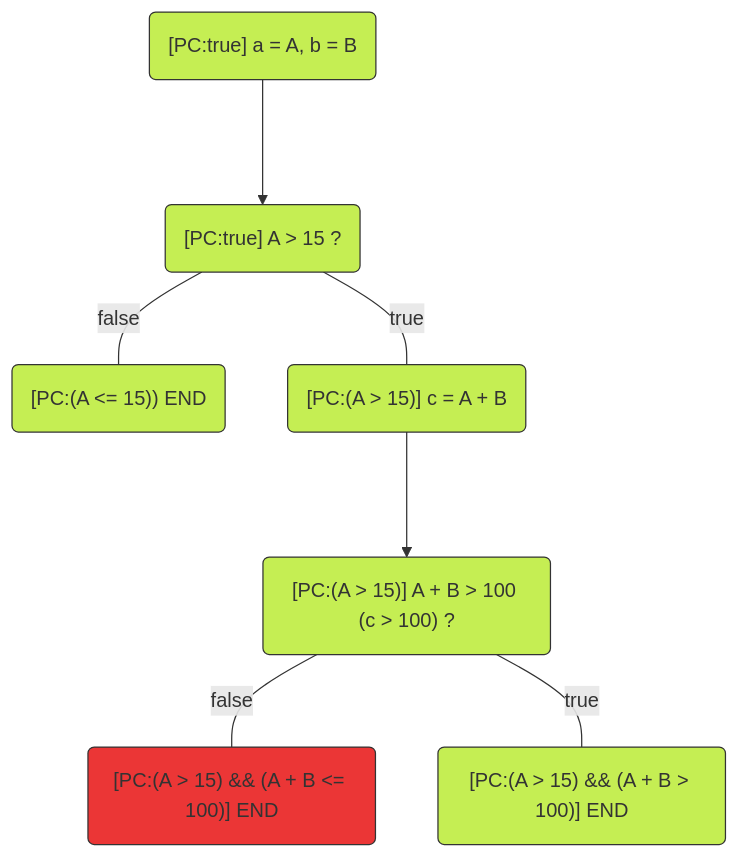
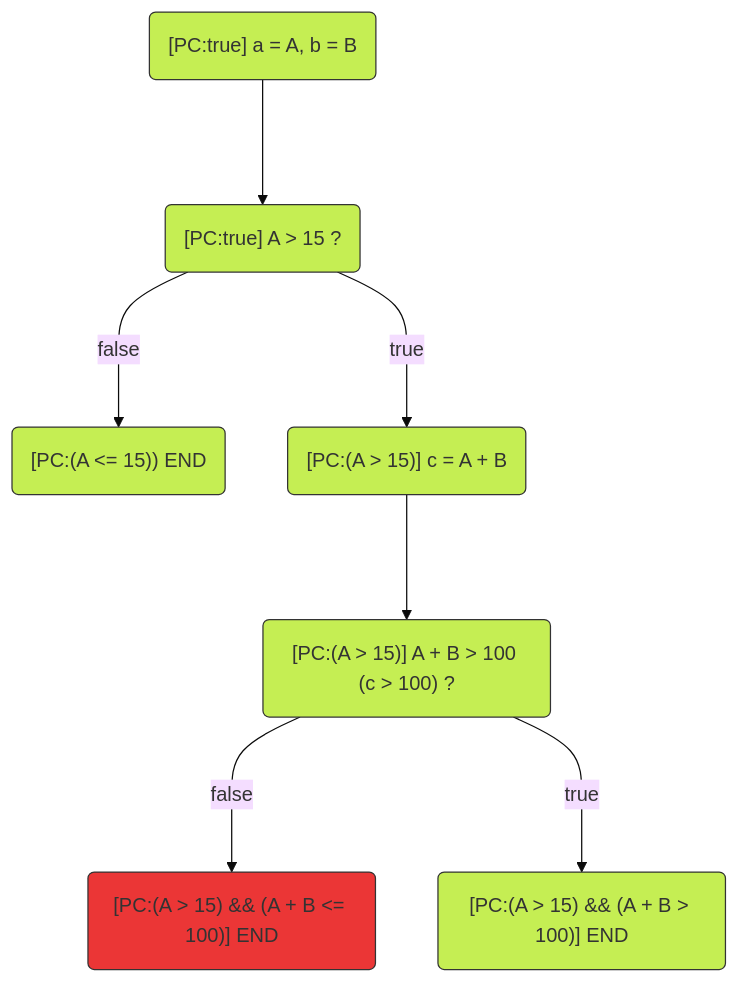
Before and after one commit to Byont-Ventures/smart-contract-analysis-tools: the diagram in docs/analysis-techniques.md, drawn with Mermaid. The commit also changed other lines of this file, not shown here.

Commit message:
Update the graph and added a section about formal verification

````diff
--- a/docs/analysis-techniques.md
+++ b/docs/analysis-techniques.md
@@ -192,15 +195,27 @@
 ```mermaid
-%%{ init: { 'flowchart': { 'curve': 'bump' } } }%%
+%%{
+    init: {
+            'theme': 'base',
+            'themeVariables': {
+                'fontFamily': 'verdana',
+                'primaryTextColor': '#333'
+            },
+            'flowchart': {
+                'curve': 'basis'
+            }
+    }
+}%%
+
 flowchart TB
     A("[PC:true] a = A, b = B") ---> B("[PC:true] A > 15 ?")
-    B ---|false| C("[PC:(A <= 15)) END")
-    B ---|true| D("[PC:(A > 15)] c = A + B")
+    B --->|false| C("[PC:(A <= 15)) END")
+    B --->|true| D("[PC:(A > 15)] c = A + B")
     D ---> E("[PC:(A > 15)] A + B > 100 (c > 100) ?")
-    E ---|false| F("[PC:(A > 15) && (A + B <= 100)] END")
-    E ---|true| G("[PC:(A > 15) && (A + B > 100)] END")
+    E --->|false| F("[PC:(A > 15) && (A + B <= 100)] END")
+    E --->|true| G("[PC:(A > 15) && (A + B > 100)] END")
 
     classDef blockStyleNormal fill:#C5EE53, stroke:#333;
     classDef blockStyleFailing fill:#eb3636, stroke:#333;
     class A,B,C,D,E,G blockStyleNormal;
     class F blockStyleFailing;
 ```
````
